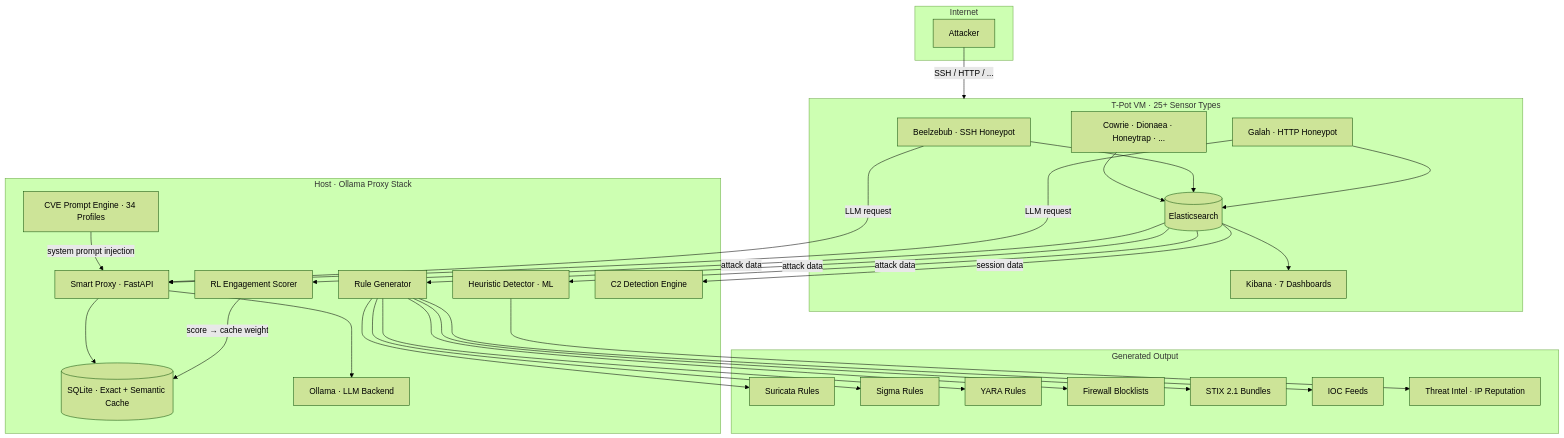
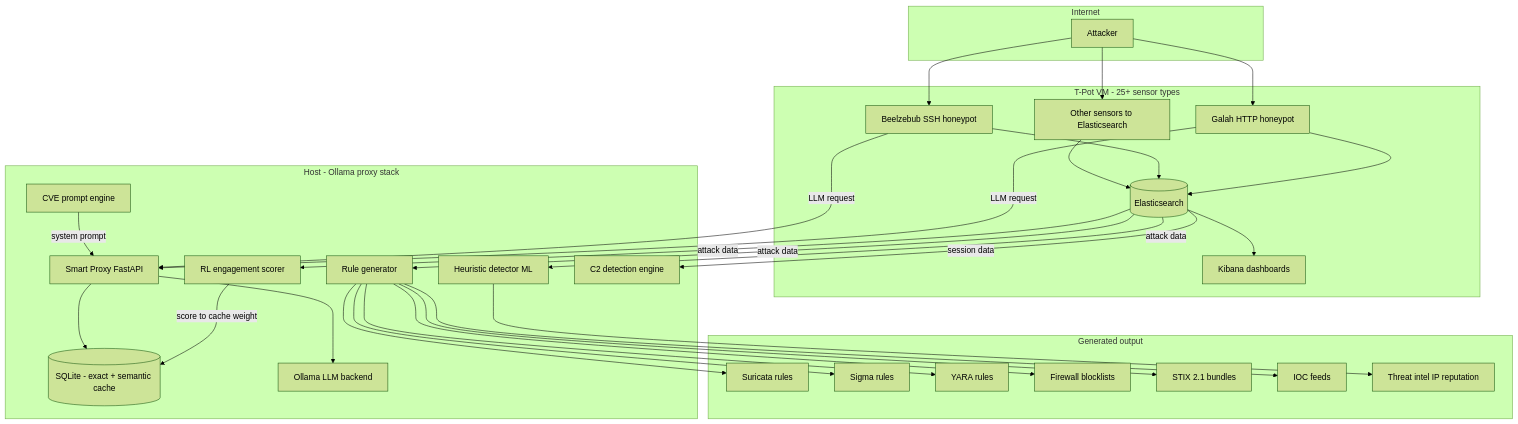
Before and after one commit to Leviticus-Triage/llm-honeypot-intelligence: the diagram in README.md, drawn with Mermaid (forest theme).

Commit message:
docs: fix Mermaid architecture diagram for GitHub renderer
Made-with: Cursor

````diff
--- a/README.md
+++ b/README.md
@@ -53,58 +53,60 @@
 ```mermaid
 flowchart TB
     subgraph Internet["Internet"]
         ATK[Attacker]
     end
 
-    subgraph TPOT["T-Pot VM · 25+ Sensor Types"]
-        BEE[Beelzebub · SSH Honeypot]
-        GAL[Galah · HTTP Honeypot]
-        OTHER[Cowrie · Dionaea · Honeytrap · ...]
+    subgraph TPOT["T-Pot VM - 25+ sensor types"]
+        BEE[Beelzebub SSH honeypot]
+        GAL[Galah HTTP honeypot]
+        OTHER[Other sensors to Elasticsearch]
         ES[(Elasticsearch)]
-        KIB[Kibana · 7 Dashboards]
+        KIB[Kibana dashboards]
     end
 
-    subgraph HOST["Host · Ollama Proxy Stack"]
-        PROXY[Smart Proxy · FastAPI]
-        CACHE[(SQLite · Exact + Semantic Cache)]
-        OLLAMA[Ollama · LLM Backend]
-        RL[RL Engagement Scorer]
-        RULES[Rule Generator]
-        ML[Heuristic Detector · ML]
-        C2[C2 Detection Engine]
-        CVE[CVE Prompt Engine · 34 Profiles]
+    subgraph HOST["Host - Ollama proxy stack"]
+        PROXY[Smart Proxy FastAPI]
+        CACHE[(SQLite - exact + semantic cache)]
+        OLLAMA[Ollama LLM backend]
+        RL[RL engagement scorer]
+        RULES[Rule generator]
+        ML[Heuristic detector ML]
+        C2[C2 detection engine]
+        CVE[CVE prompt engine]
     end
 
-    subgraph OUTPUT["Generated Output"]
-        SUR[Suricata Rules]
-        SIG[Sigma Rules]
-        YAR[YARA Rules]
-        FW[Firewall Blocklists]
-        STIX[STIX 2.1 Bundles]
-        IOC[IOC Feeds]
-        THREAT[Threat Intel · IP Reputation]
+    subgraph OUTPUT["Generated output"]
+        SUR[Suricata rules]
+        SIG[Sigma rules]
+        YAR[YARA rules]
+        FW[Firewall blocklists]
+        STIX[STIX 2.1 bundles]
+        IOC[IOC feeds]
+        THREAT[Threat intel IP reputation]
     end
 
-    ATK -->|"SSH / HTTP / ..."| TPOT
-    BEE -->|"LLM request"| PROXY
-    GAL -->|"LLM request"| PROXY
+    ATK --> BEE
+    ATK --> GAL
+    ATK --> OTHER
+    BEE -->|LLM request| PROXY
+    GAL -->|LLM request| PROXY
     PROXY --> CACHE
     PROXY --> OLLAMA
-    CVE -->|"system prompt injection"| PROXY
-    RL -->|"score → cache weight"| CACHE
-    ES -->|"attack data"| RL
-    ES -->|"attack data"| RULES
-    ES -->|"attack data"| ML
-    ES -->|"session data"| C2
+    CVE -->|system prompt| PROXY
+    RL -->|score to cache weight| CACHE
+    ES -->|attack data| RL
+    ES -->|attack data| RULES
+    ES -->|attack data| ML
+    ES -->|session data| C2
     OTHER --> ES
     BEE --> ES
     GAL --> ES
     ES --> KIB
     RULES --> SUR
     RULES --> SIG
     RULES --> YAR
     RULES --> FW
     RULES --> STIX
     RULES --> IOC
     ML --> THREAT
 ```
````
